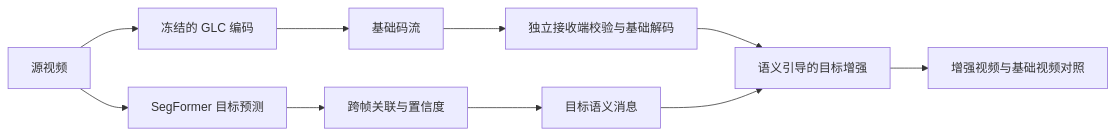
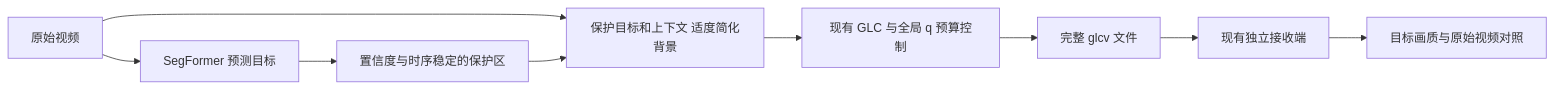
One commit to lluohuacishu/semantic_video_test changed the diagram in 09_新阶段D_语义目标增强/D轮方案_待审阅_20261021.md. Above: the diagram before and after it, drawn with Mermaid. The commit also changed other lines of this file and 8 other files, not shown here.

````diff
--- a/09_新阶段D_语义目标增强/D轮方案_待审阅_20261021.md
+++ b/09_新阶段D_语义目标增强/D轮方案_待审阅_20261021.md
@@ -34,12 +30,11 @@
 ```mermaid
 flowchart LR
-  A[源视频] --> B[冻结的 GLC 编码]
-  B --> C[基础码流]
-  A --> S[SegFormer 目标预测]
-  S --> T[跨帧关联与置信度]
-  T --> M[目标语义消息]
-  C --> R[独立接收端校验与基础解码]
-  R --> E[语义引导的目标增强]
-  M --> E
-  E --> V[增强视频与基础视频对照]
+  X[原始视频] --> S[SegFormer 预测目标]
+  S --> M[置信度与时序稳定的保护区]
+  X --> P[保护目标和上下文 适度简化背景]
+  M --> P
+  P --> E[现有 GLC 与全局 q 预算控制]
+  E --> B[完整 glcv 文件]
+  B --> R[现有独立接收端]
+  R --> V[目标画质与原始视频对照]
 ```
````
